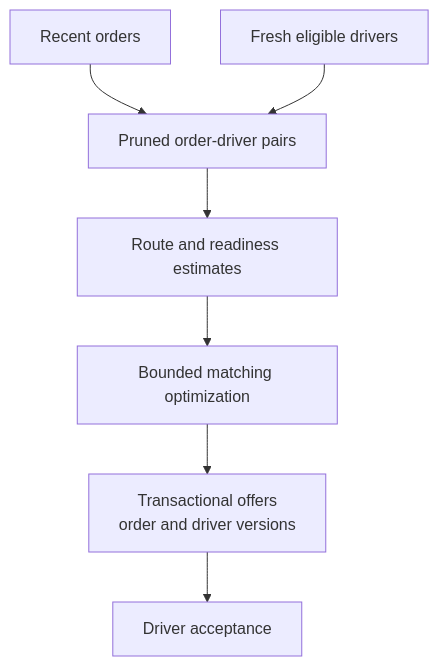
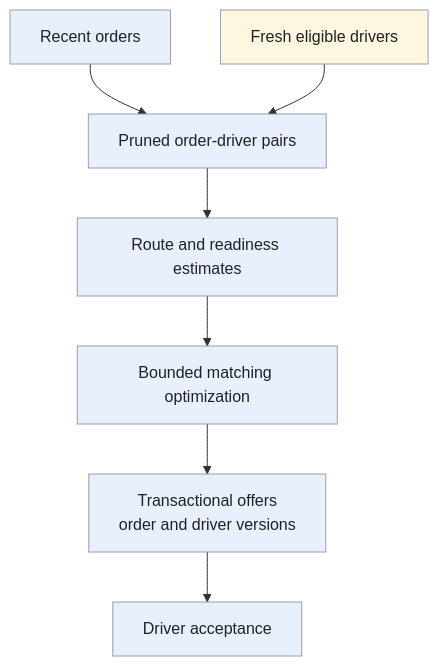
The third of 3 diagrams in _designs/system-design-doordash-uber-eats.md (iliazlobin/iliazlobin.github.io), drawn with Mermaid before and after one commit. The commit also changed other lines of this file and 20 other files, not shown here.

Commit message:
Improve design flows, tradeoffs, and technology references

````diff
--- a/_designs/system-design-doordash-uber-eats.md
+++ b/_designs/system-design-doordash-uber-eats.md
@@ -212,9 +254,14 @@
 ```mermaid
 flowchart TB
     O["Recent orders"] --> C["Pruned order-driver pairs"]
     D["Fresh eligible drivers"] --> C
     C --> E["Route and readiness estimates"]
     E --> M["Bounded matching optimization"]
     M --> T["Transactional offers<br>order and driver versions"]
     T --> A["Driver acceptance"]
+  classDef request fill:#e8f0fe,stroke:#9aa0a6,color:#202124,stroke-width:1px
+  classDef background fill:#e6f4ea,stroke:#9aa0a6,color:#202124,stroke-width:1px
+  classDef control fill:#fef7e0,stroke:#9aa0a6,color:#202124,stroke-width:1px
+  class O,C,E,M,T,A request
+  class D control
 ```
````
